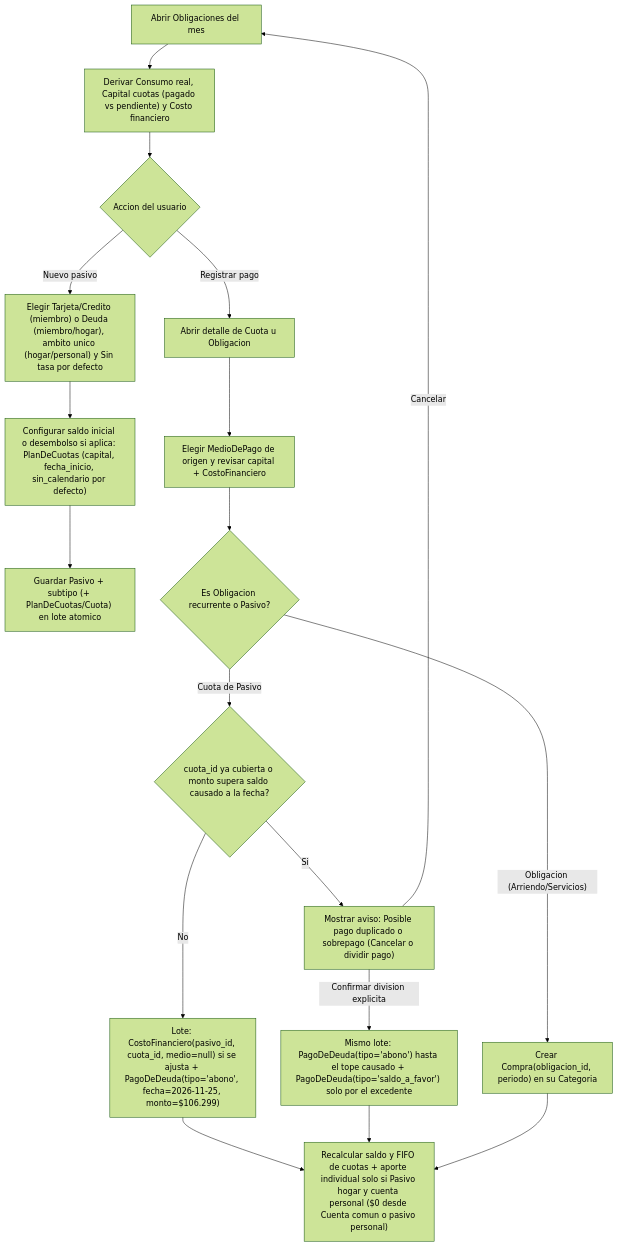
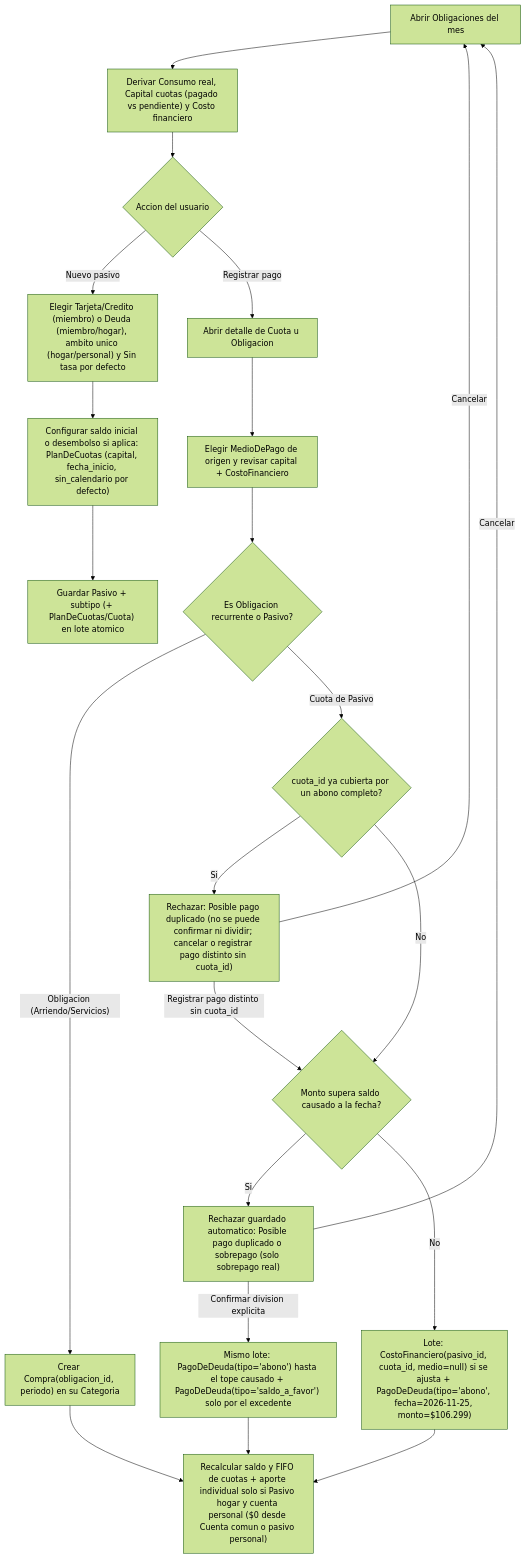
The diagram in docs/flows/obligaciones-del-mes.md (meperdev/hogar-app), drawn with Mermaid (forest theme) before and after one commit. The commit also changed other lines of this file and 1 other file, not shown here.

Commit message:
design: duplicado de cuota se rechaza, división solo para sobrepago real

````diff
--- a/docs/flows/obligaciones-del-mes.md
+++ b/docs/flows/obligaciones-del-mes.md
@@ -94,20 +93,24 @@
 ```mermaid
 flowchart TD
     A["Abrir Obligaciones del mes"] --> B["Derivar Consumo real, Capital cuotas (pagado vs pendiente) y Costo financiero"]
     B --> C{"Accion del usuario"}
     C -- "Nuevo pasivo" --> D["Elegir Tarjeta/Credito (miembro) o Deuda (miembro/hogar), ambito unico (hogar/personal) y Sin tasa por defecto"]
     D --> E["Configurar saldo inicial o desembolso si aplica: PlanDeCuotas (capital, fecha_inicio, sin_calendario por defecto)"]
     E --> F["Guardar Pasivo + subtipo (+ PlanDeCuotas/Cuota) en lote atomico"]
     C -- "Registrar pago" --> I["Abrir detalle de Cuota u Obligacion"]
     I --> J["Elegir MedioDePago de origen y revisar capital + CostoFinanciero"]
     J --> K{"Es Obligacion recurrente o Pasivo?"}
     K -- "Obligacion (Arriendo/Servicios)" --> P["Crear Compra(obligacion_id, periodo) en su Categoria"]
-    K -- "Cuota de Pasivo" --> L{"cuota_id ya cubierta o monto supera saldo causado a la fecha?"}
-    L -- Si --> M["Mostrar aviso: Posible pago duplicado o sobrepago (Cancelar o dividir pago)"]
-    M -- Cancelar --> A
-    M -- "Confirmar division explicita" --> O2["Mismo lote: PagoDeDeuda(tipo='abono') hasta el tope causado + PagoDeDeuda(tipo='saldo_a_favor') solo por el excedente"]
-    L -- No --> O["Lote: CostoFinanciero(pasivo_id, cuota_id, medio=null) si se ajusta + PagoDeDeuda(tipo='abono', fecha=2026-11-25, monto=$106.299)"]
+    K -- "Cuota de Pasivo" --> L1{"cuota_id ya cubierta por un abono completo?"}
+    L1 -- Si --> M1["Rechazar: Posible pago duplicado (no se puede confirmar ni dividir; cancelar o registrar pago distinto sin cuota_id)"]
+    M1 -- Cancelar --> A
+    M1 -- "Registrar pago distinto sin cuota_id" --> L2
+    L1 -- No --> L2{"Monto supera saldo causado a la fecha?"}
+    L2 -- Si --> M2["Rechazar guardado automatico: Posible pago duplicado o sobrepago (solo sobrepago real)"]
+    M2 -- Cancelar --> A
+    M2 -- "Confirmar division explicita" --> O2["Mismo lote: PagoDeDeuda(tipo='abono') hasta el tope causado + PagoDeDeuda(tipo='saldo_a_favor') solo por el excedente"]
+    L2 -- No --> O["Lote: CostoFinanciero(pasivo_id, cuota_id, medio=null) si se ajusta + PagoDeDeuda(tipo='abono', fecha=2026-11-25, monto=$106.299)"]
     O --> R["Recalcular saldo y FIFO de cuotas + aporte individual solo si Pasivo hogar y cuenta personal ($0 desde Cuenta comun o pasivo personal)"]
     O2 --> R
     P --> R
 ```
````
